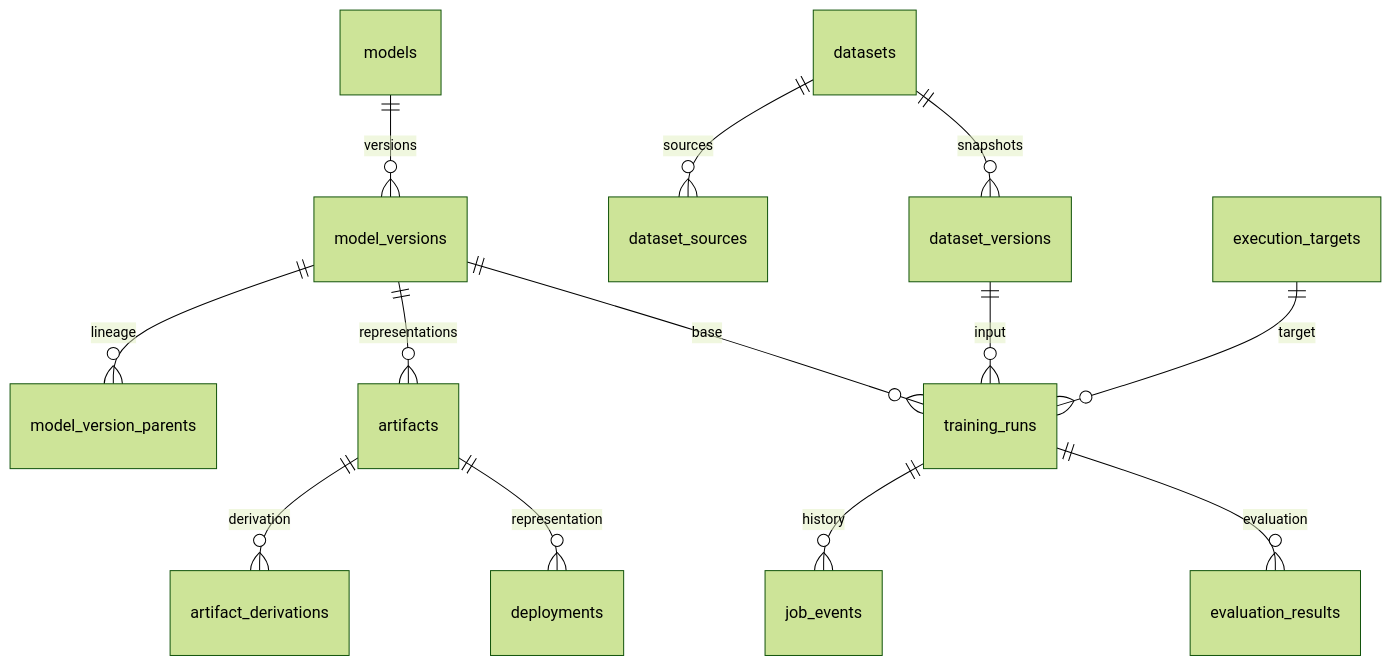
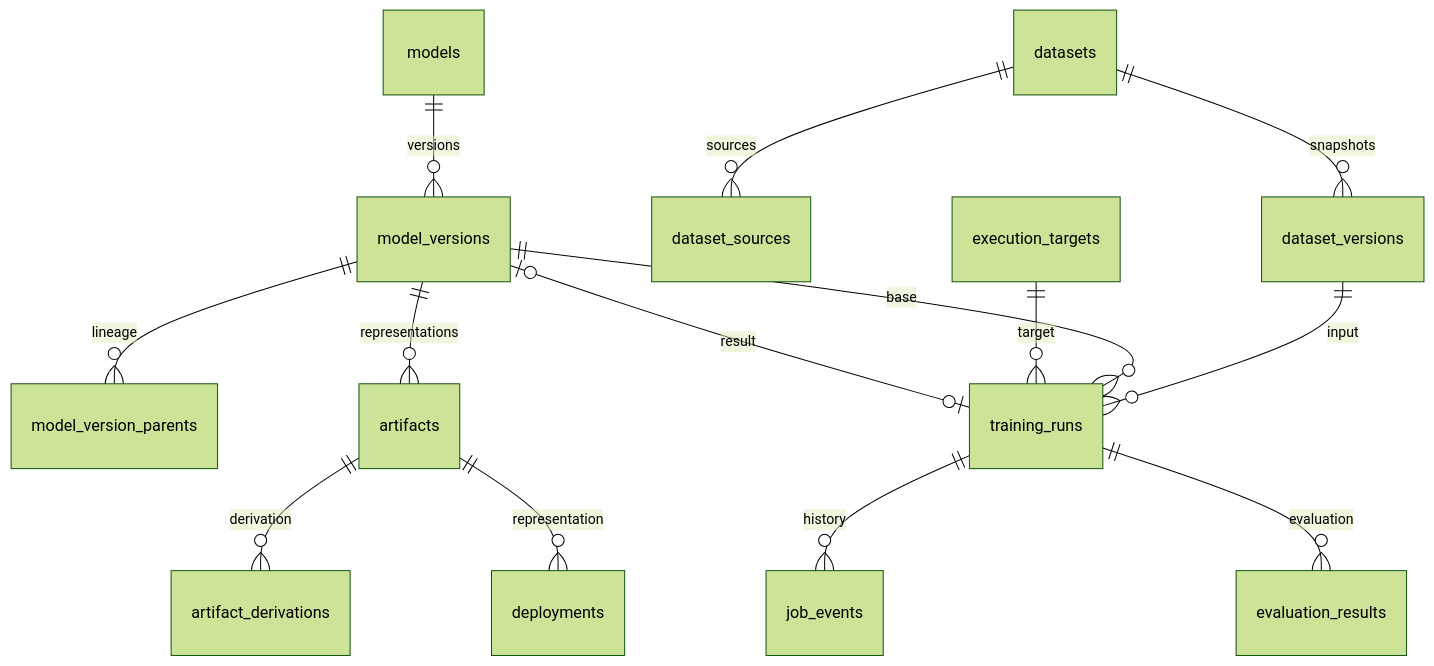
One commit to bdobrica/KitchenSoup changed the diagram in docs/database.md. Above: the diagram before and after it, drawn with Mermaid (forest theme). The commit also changed other lines of this file and 36 other files, not shown here.

````diff
--- a/docs/database.md
+++ b/docs/database.md
@@ -114,15 +114,16 @@
 ```mermaid
 erDiagram
     models ||--o{ model_versions : versions
     model_versions ||--o{ model_version_parents : lineage
     model_versions ||--o{ artifacts : representations
     artifacts ||--o{ artifact_derivations : derivation
     datasets ||--o{ dataset_sources : sources
     datasets ||--o{ dataset_versions : snapshots
     dataset_versions ||--o{ training_runs : input
     model_versions ||--o{ training_runs : base
+    training_runs |o--o| model_versions : result
     execution_targets ||--o{ training_runs : target
     training_runs ||--o{ job_events : history
     training_runs ||--o{ evaluation_results : evaluation
     artifacts ||--o{ deployments : representation
 ```
````
